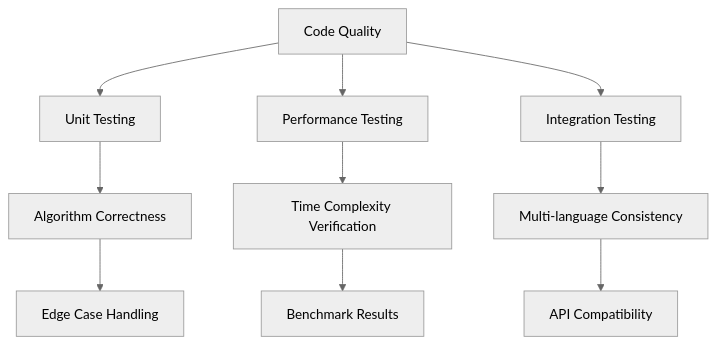
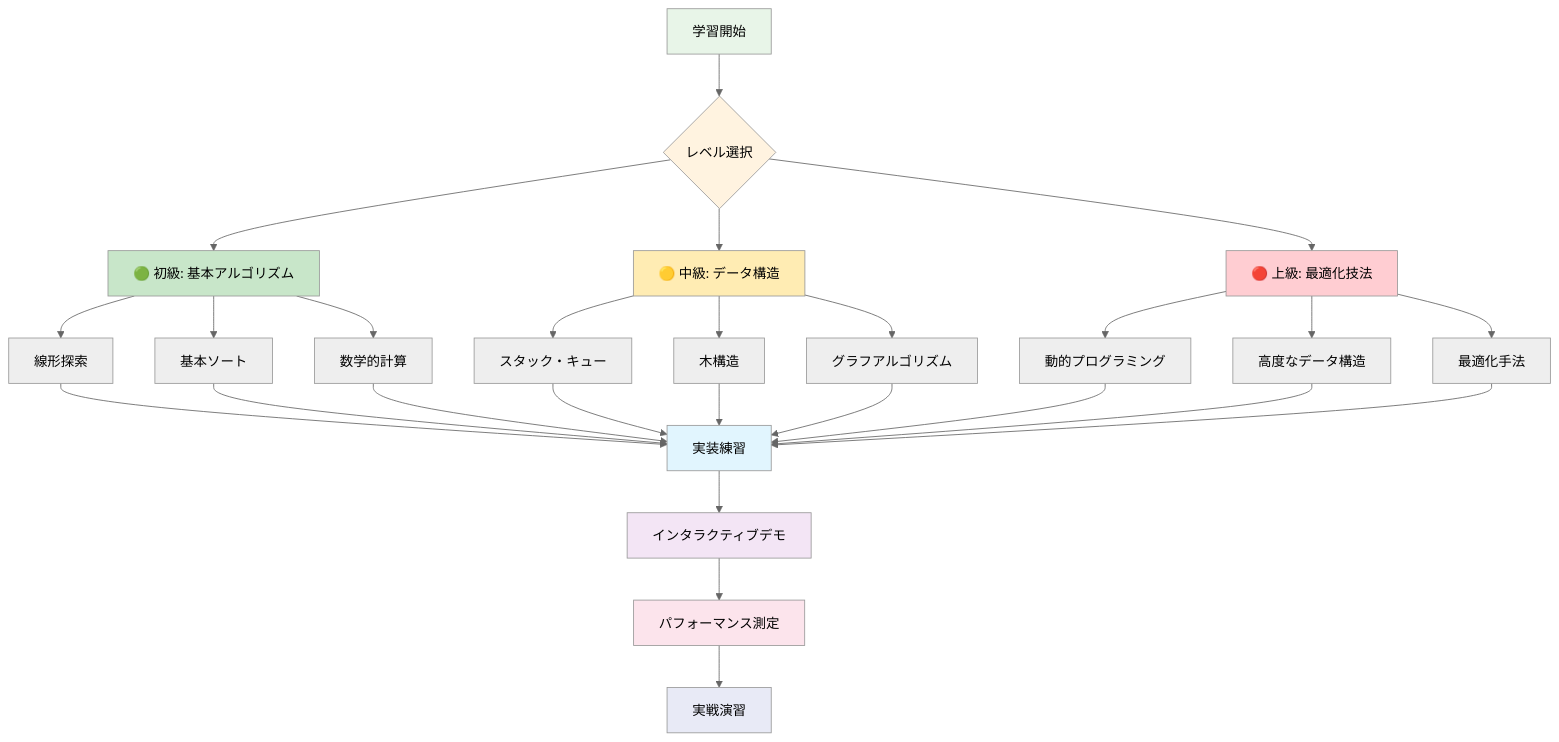
The sixth of 7 diagrams in README.md (myoshi2891/Algorithm-DataStructures-Math-SQL), drawn with Mermaid (neutral theme) before and after one commit. The commit also changed other lines of this file, not shown here.

````diff
--- a/README.md
+++ b/README.md
@@ -237,14 +214,43 @@
 ```mermaid
 graph TD
-    A[Code Quality] --> B[Unit Testing]
-    A --> C[Performance Testing]
-    A --> D[Integration Testing]
+    A[学習開始] --> B{レベル選択}
+    B --> C[🟢 初級: 基本アルゴリズム]
+    B --> D[🟡 中級: データ構造]
+    B --> E[🔴 上級: 最適化技法]
     
-    B --> E[Algorithm Correctness]
-    C --> F[Time Complexity Verification]
-    D --> G[Multi-language Consistency]
+    C --> C1[線形探索]
+    C --> C2[基本ソート]
+    C --> C3[数学的計算]
     
-    E --> H[Edge Case Handling]
-    F --> I[Benchmark Results]
-    G --> J[API Compatibility]
+    D --> D1[スタック・キュー]
+    D --> D2[木構造]
+    D --> D3[グラフアルゴリズム]
+    
+    E --> E1[動的プログラミング]
+    E --> E2[高度なデータ構造]
+    E --> E3[最適化手法]
+    
+    C1 --> F[実装練習]
+    C2 --> F
+    C3 --> F
+    D1 --> F
+    D2 --> F
+    D3 --> F
+    E1 --> F
+    E2 --> F
+    E3 --> F
+    
+    F --> G[インタラクティブデモ]
+    G --> H[パフォーマンス測定]
+    H --> I[実戦演習]
+    
+    style A fill:#e8f5e8
+    style B fill:#fff3e0
+    style C fill:#c8e6c9
+    style D fill:#ffecb3
+    style E fill:#ffcdd2
+    style F fill:#e1f5fe
+    style G fill:#f3e5f5
+    style H fill:#fce4ec
+    style I fill:#e8eaf6
 ```
````
